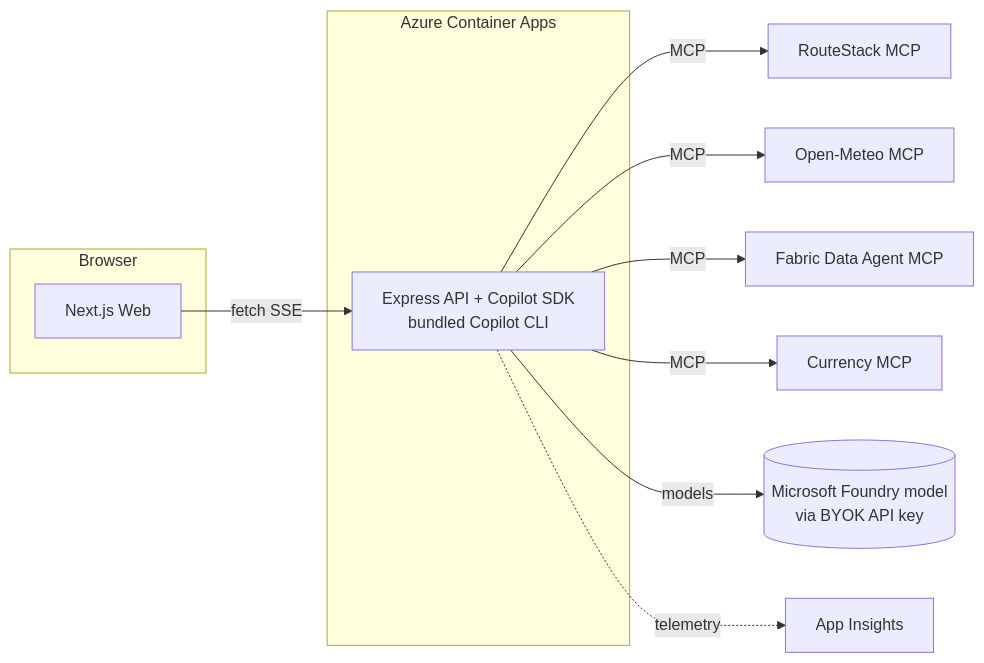
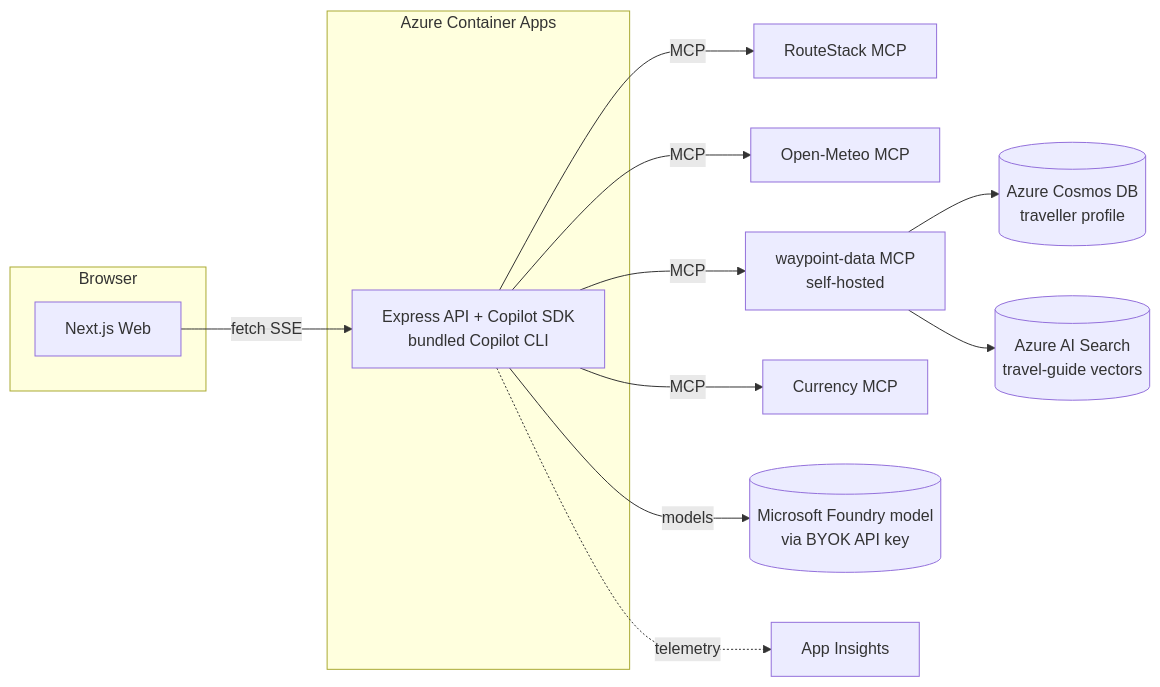
Before and after one commit to andrew-rubio/waypoint-demo: the diagram in specs/tech-stack.md, drawn with Mermaid. The commit also changed other lines of this file and 42 other files, not shown here.

````diff
--- a/specs/tech-stack.md
+++ b/specs/tech-stack.md
@@ -20,15 +21,17 @@
 ```mermaid
 flowchart LR
     subgraph Browser
       W[Next.js Web]
     end
     subgraph "Azure Container Apps"
       W -->|fetch SSE| A[Express API + Copilot SDK<br/>bundled Copilot CLI]
     end
     A -->|MCP| RS[RouteStack MCP]
     A -->|MCP| OM[Open-Meteo MCP]
-    A -->|MCP| FB[Fabric Data Agent MCP]
+    A -->|MCP| WD[waypoint-data MCP<br/>self-hosted]
     A -->|MCP| FX[Currency MCP]
+    WD --> COS[(Azure Cosmos DB<br/>traveller profile)]
+    WD --> SR[(Azure AI Search<br/>travel-guide vectors)]
     A -->|models| CP[(Microsoft Foundry model<br/>via BYOK API key)]
     A -.telemetry.-> AI[App Insights]
 ```
````
